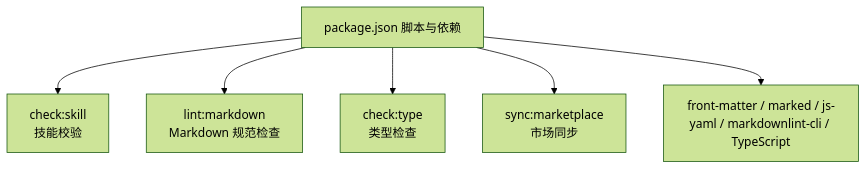
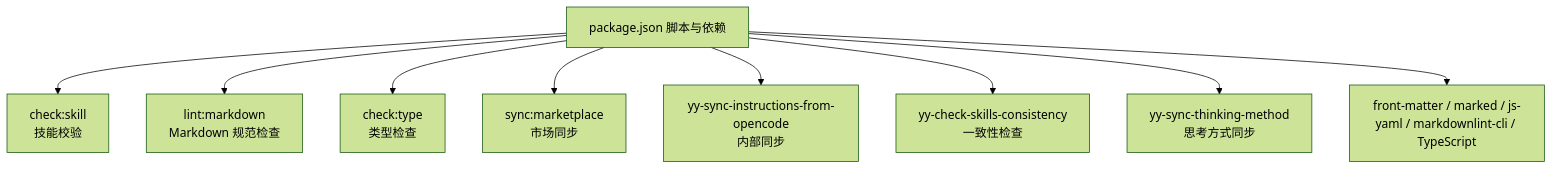
The ninth of 9 diagrams in .qoder/repowiki/zh/content/技能系统/技能系统.md (bulls-cows/skills), drawn with Mermaid (forest theme) before and after one commit. The commit also changed other lines of this file and 3 other files, not shown here.

````diff
--- a/.qoder/repowiki/zh/content/技能系统/技能系统.md
+++ b/.qoder/repowiki/zh/content/技能系统/技能系统.md
@@ -298,14 +466,20 @@
 ```mermaid
 graph TB
 pkg["package.json 脚本与依赖"]
 check["check:skill<br/>技能校验"]
 lint_md["lint:markdown<br/>Markdown 规范检查"]
 type_check["check:type<br/>类型检查"]
 sync["sync:marketplace<br/>市场同步"]
+internal_sync["yy-sync-instructions-from-opencode<br/>内部同步"]
+consistency["yy-check-skills-consistency<br/>一致性检查"]
+thinking_sync["yy-sync-thinking-method<br/>思考方式同步"]
 deps["front-matter / marked / js-yaml / markdownlint-cli / TypeScript"]
 pkg --> check
 pkg --> lint_md
 pkg --> type_check
 pkg --> sync
+pkg --> internal_sync
+pkg --> consistency
+pkg --> thinking_sync
 pkg --> deps
 ```
````
